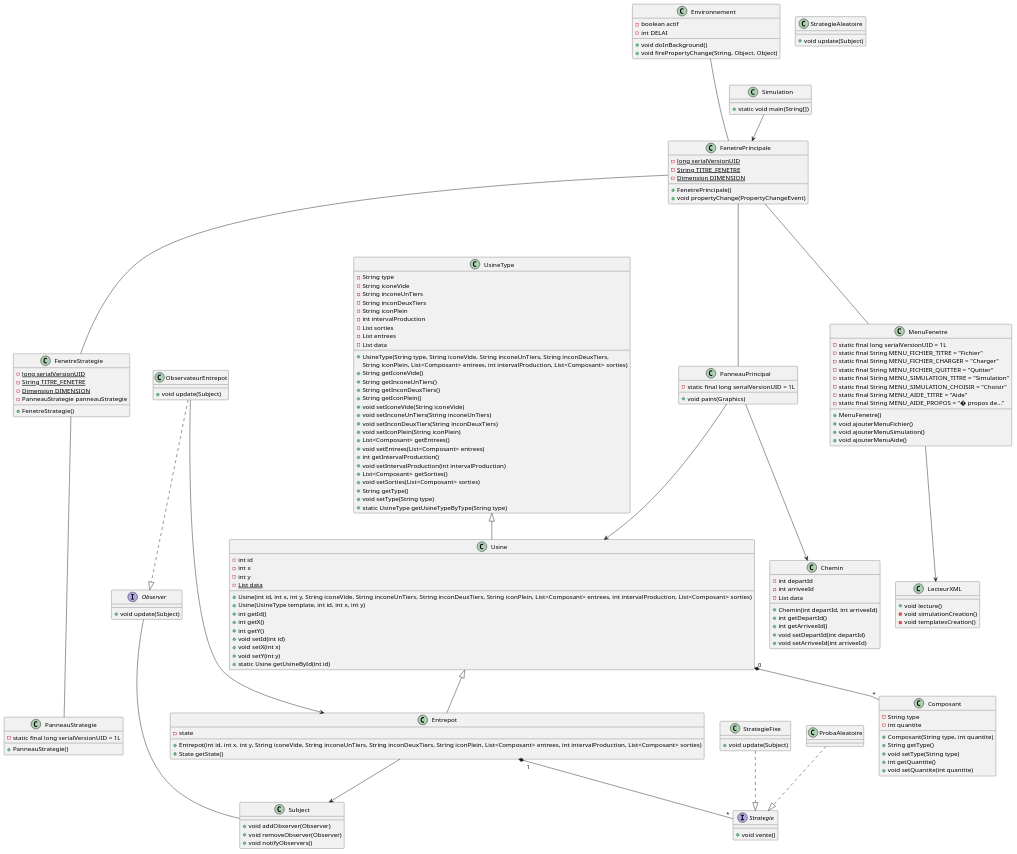
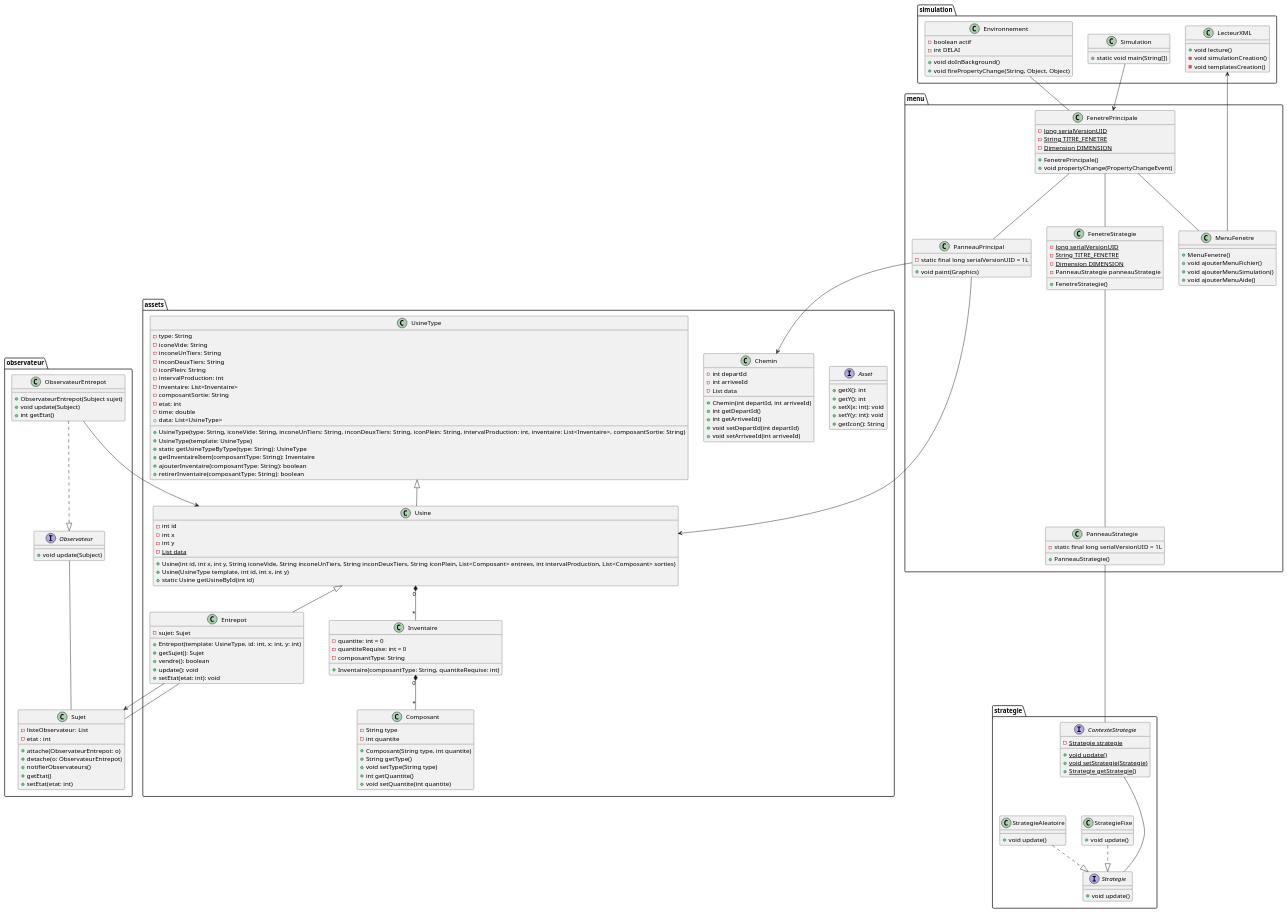
One commit to samihanine/log121-labo1 changed the diagram in dcl.plantUML. Above: the diagram before and after it, drawn with PlantUML. The commit also changed 8 other files, not shown here.

```diff
--- a/dcl.plantUML
+++ b/dcl.plantUML
@@ -1,161 +1,187 @@
 @startuml DCL
-class Chemin {
--int departId
--int arriveeId
--List data
-+Chemin(int departId, int arriveeId)
-+int getDepartId()
-+int getArriveeId()
-+void setDepartId(int departId)
-+void setArriveeId(int arriveeId)
+
+package assets {
+    interface Asset {
+        +getX(): int
+        +getY(): int
+        +setX(x: int): void
+        +setY(y: int): void
+        +getIcon(): String
+    }
+
+    class Chemin {
+        -int departId
+        -int arriveeId
+        -List data
+        +Chemin(int departId, int arriveeId)
+        +int getDepartId()
+        +int getArriveeId()
+        +void setDepartId(int departId)
+        +void setArriveeId(int arriveeId)
+    }
+
+    class Composant {
+        -String type
+        -int quantite
+        +Composant(String type, int quantite)
+        +String getType()
+        +void setType(String type)
+        +int getQuantite()
+        +void setQuantite(int quantite)
+    }
+
+    class UsineType {
+        - type: String
+        - iconeVide: String
+        - inconeUnTiers: String
+        - inconDeuxTiers: String
+        - iconPlein: String
+        - intervalProduction: int
+        - inventaire: List<Inventaire>
+        - composantSortie: String
+        - etat: int
+        - time: double
+        + data: List<UsineType>
+        + UsineType(type: String, iconeVide: String, inconeUnTiers: String, inconDeuxTiers: String, iconPlein: String, intervalProduction: int, inventaire: List<Inventaire>, composantSortie: String)
+        + UsineType(template: UsineType)
+        + static getUsineTypeByType(type: String): UsineType
+        + getInventaireItem(composantType: String): Inventaire
+        + ajouterInventaire(composantType: String): boolean
+        + retirerInventaire(composantType: String): boolean
+    }
+
+    class Usine {
+        -int id
+        -int x
+        -int y
+        {static} - List data
+        +Usine(int id, int x, int y, String iconeVide, String inconeUnTiers, String inconDeuxTiers, String iconPlein, List<Composant> entrees, int intervalProduction, List<Composant> sorties)
+        +Usine(UsineType template, int id, int x, int y)
+        +static Usine getUsineById(int id)
+    }
+
+    class Entrepot {
+        - sujet: Sujet
+        + Entrepot(template: UsineType, id: int, x: int, y: int)
+        + getSujet(): Sujet
+        + vendre(): boolean
+        + update(): void
+        + setEtat(etat: int): void
+    }
+
+    class Inventaire {
+        - quantite: int = 0
+        - quantiteRequise: int = 0
+        - composantType: String
+        + Inventaire(composantType: String, quantiteRequise: int)
+    }
 }
 
-class Composant {
--String type
--int quantite
-+Composant(String type, int quantite)
-+String getType()
-+void setType(String type)
-+int getQuantite()
-+void setQuantite(int quantite)
+
+package simulation {
+
+    class Simulation {
+    + static void main(String[])
+    }
+
+    class Environnement {
+    - boolean actif
+    - int DELAI
+    + void doInBackground()
+    + void firePropertyChange(String, Object, Object)
+    }
+
+    class LecteurXML {
+    + void lecture()
+    - void simulationCreation()
+    - void templatesCreation()
+    }
+
 }
 
-class UsineType {
--String type
--String iconeVide
--String inconeUnTiers
--String inconDeuxTiers
--String iconPlein
--int intervalProduction
--List sorties
--List entrees 
--List data
-+UsineType(String type, String iconeVide, String inconeUnTiers, String inconDeuxTiers,
-String iconPlein, List<Composant> entrees, int intervalProduction, List<Composant> sorties)
-+String getIconeVide()
-+String getInconeUnTiers()
-+String getInconDeuxTiers()
-+String getIconPlein()
-+void setIconeVide(String iconeVide)
-+void setInconeUnTiers(String inconeUnTiers)
-+void setInconDeuxTiers(String inconDeuxTiers)
-+void setIconPlein(String iconPlein)
-+List<Composant> getEntrees()
-+void setEntrees(List<Composant> entrees)
-+int getIntervalProduction()
-+void setIntervalProduction(int intervalProduction)
-+List<Composant> getSorties()
-+void setSorties(List<Composant> sorties)
-+String getType()
-+void setType(String type)
-+static UsineType getUsineTypeByType(String type)
+package menu {
+    class FenetrePrincipale {
+        {static} - long serialVersionUID
+        {static} - String TITRE_FENETRE
+        {static} - Dimension DIMENSION
+        + FenetrePrincipale()
+        + void propertyChange(PropertyChangeEvent)
+    }
+
+    class FenetreStrategie {
+        {static} - long serialVersionUID
+        {static} - String TITRE_FENETRE
+        {static} - Dimension DIMENSION 
+        - PanneauStrategie panneauStrategie
+        + FenetreStrategie()
+    }
+
+    class MenuFenetre {
+    + MenuFenetre()
+    + void ajouterMenuFichier()
+    + void ajouterMenuSimulation()
+    + void ajouterMenuAide()
+    }
+
+    class PanneauPrincipal {
+    - static final long serialVersionUID = 1L
+    + void paint(Graphics)
+    }
+
+    class PanneauStrategie {
+    - static final long serialVersionUID = 1L
+    + PanneauStrategie()
+    }
 }
 
-class Usine {
--int id
--int x
--int y
-{static} - List data
-+Usine(int id, int x, int y, String iconeVide, String inconeUnTiers, String inconDeuxTiers, String iconPlein, List<Composant> entrees, int intervalProduction, List<Composant> sorties)
-+Usine(UsineType template, int id, int x, int y)
-+int getId()
-+int getX()
-+int getY()
-+void setId(int id)
-+void setX(int x)
-+void setY(int y)
-+static Usine getUsineById(int id)
+
+
+
+package observateur {
+    class Sujet {
+        - listeObservateur: List
+        - etat : int 
+        + attache(ObservateurEntrepot: o)
+        + detache(o: ObservateurEntrepot)
+        + notifierObservateurs()
+        + getEtat()
+        + setEtat(etat: int)
+    }
+
+    interface Observateur {
+        + void update(Subject)
+    }
+
+    class ObservateurEntrepot {
+        + ObservateurEntrepot(Subject sujet)
+        + void update(Subject)
+        + int getEtat()
+    }
 }
 
-class Environnement {
-- boolean actif
-- int DELAI
-+ void doInBackground()
-+ void firePropertyChange(String, Object, Object)
+package strategie {
+
+    interface ContexteStrategie {
+        {static} - Strategie strategie
+        {static} + void update()
+        {static} + void setStrategie(Strategie)
+        {static} + Strategie getStrategie()
+    }
+
+    interface Strategie {
+        + void update()
+    }
+
+    class StrategieFixe {
+        + void update()
+    }
+
+    class StrategieAleatoire {
+        + void update()
+    }
+
 }
 
-class FenetrePrincipale {
-{static} - long serialVersionUID
-{static} - String TITRE_FENETRE
-{static} - Dimension DIMENSION
-+ FenetrePrincipale()
-+ void propertyChange(PropertyChangeEvent)
-}
-
-class FenetreStrategie {
-{static} - long serialVersionUID
-{static} - String TITRE_FENETRE
-{static} - Dimension DIMENSION 
-- PanneauStrategie panneauStrategie
-+ FenetreStrategie()
-}
-
-class MenuFenetre {
-- static final long serialVersionUID = 1L
-- static final String MENU_FICHIER_TITRE = "Fichier"
-- static final String MENU_FICHIER_CHARGER = "Charger"
-- static final String MENU_FICHIER_QUITTER = "Quitter"
-- static final String MENU_SIMULATION_TITRE = "Simulation"
-- static final String MENU_SIMULATION_CHOISIR = "Choisir"
-- static final String MENU_AIDE_TITRE = "Aide"
-- static final String MENU_AIDE_PROPOS = "� propos de..."
-+ MenuFenetre()
-+ void ajouterMenuFichier()
-+ void ajouterMenuSimulation()
-+ void ajouterMenuAide()
-}
-
-class PanneauPrincipal {
-- static final long serialVersionUID = 1L
-+ void paint(Graphics)
-}
-
-class PanneauStrategie {
-- static final long serialVersionUID = 1L
-+ PanneauStrategie()
-}
-
-class Simulation {
-+ static void main(String[])
-}
-
-class LecteurXML {
-+ void lecture()
-- void simulationCreation()
-- void templatesCreation()
-}
-
-class Entrepot {
-- state
-+ Entrepot(int id, int x, int y, String iconeVide, String inconeUnTiers, String inconDeuxTiers, String iconPlein, List<Composant> entrees, int intervalProduction, List<Composant> sorties)
-+ State getState()
-}
-
-class Subject {
-+ void addObserver(Observer)
-+ void removeObserver(Observer)
-+ void notifyObservers()
-}
-
-interface Observer {
-+ void update(Subject)
-}
-
-class ObservateurEntrepot {
-+ void update(Subject)
-}
-
-interface Strategie {
-+ void vente()
-}
-
-class StrategieFixe {
-+ void update(Subject)
-}
-
-class StrategieAleatoire {
-+ void update(Subject)
-}
 
 Environnement --- FenetrePrincipale
 FenetrePrincipale --- FenetreStrategie
@@ -166,18 +192,20 @@
 UsineType <|-- Usine
 Usine <|-- Entrepot
 MenuFenetre --> LecteurXML
-Usine "0" *-- "*" Composant
+Usine "0" *-- "*" Inventaire
+Inventaire "0" *-- "*" Composant
 
 PanneauPrincipal --> Usine
 PanneauPrincipal --> Chemin
 
-ObservateurEntrepot ..|> Observer
-Entrepot --> Subject
-Observer --- Subject
-ObservateurEntrepot --> Entrepot
+ObservateurEntrepot ..|> Observateur
+Entrepot --> Sujet
+Observateur --- Sujet
+Entrepot --- Sujet
+ObservateurEntrepot --> Usine
 
 StrategieFixe ..|> Strategie
-ProbaAleatoire ..|> Strategie
-Entrepot  "1" *-- "*" Strategie
-
+StrategieAleatoire ..|> Strategie
+ContexteStrategie --- Strategie
+PanneauStrategie --- ContexteStrategie
 @enduml
```
